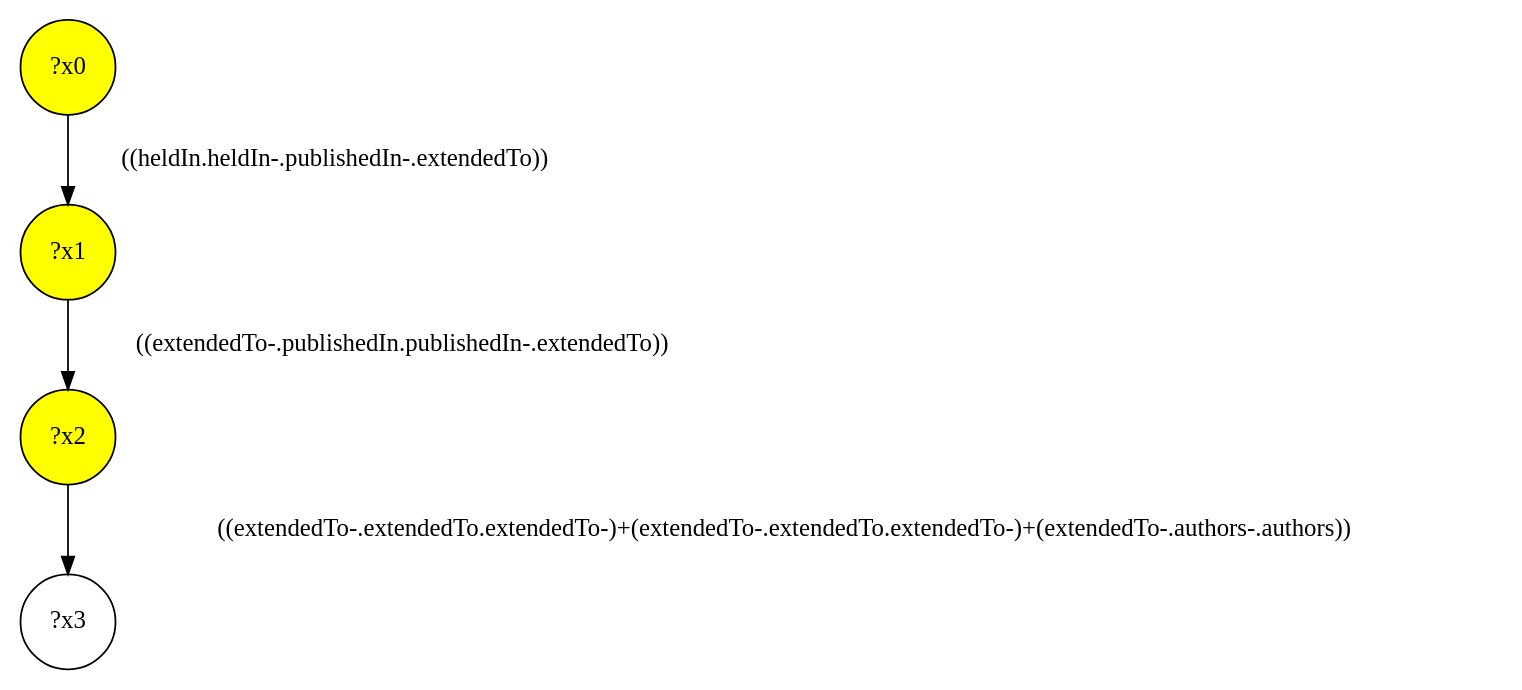
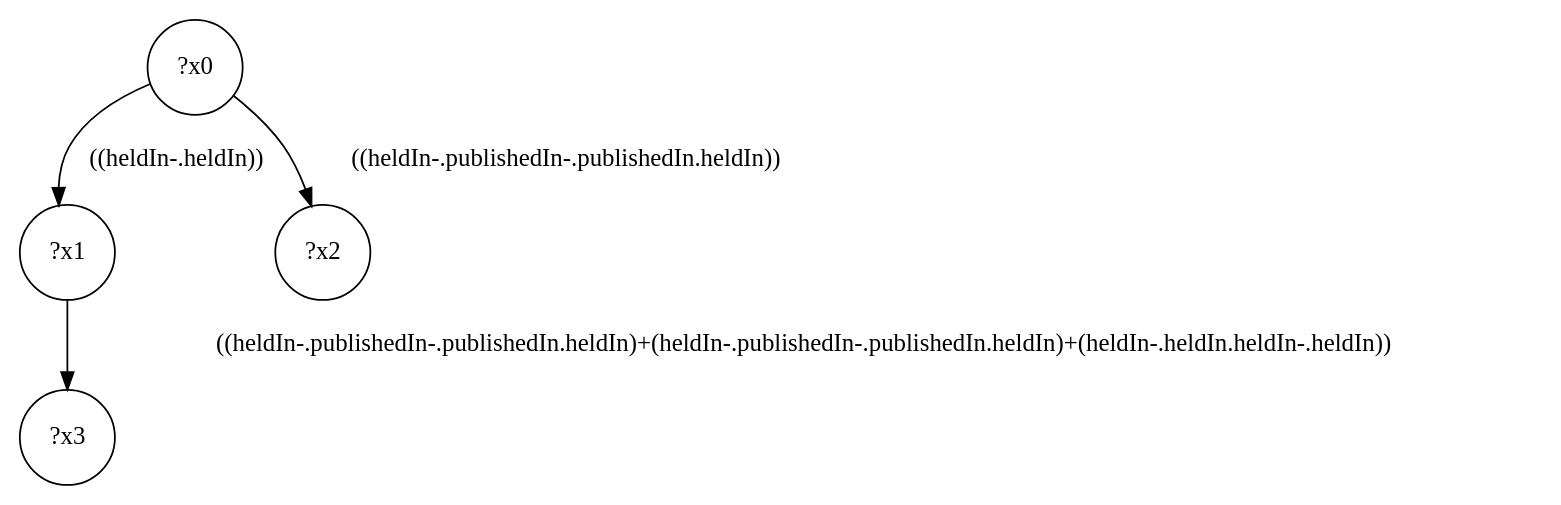
The diagram in demo/test-a/test-a-interface/query-48.dot (gbagan/gmark), drawn with Graphviz before and after one commit. The commit also changed 707 other files, not shown here.

```diff
--- a/demo/test-a/test-a-interface/query-48.dot
+++ b/demo/test-a/test-a-interface/query-48.dot
@@ -1,9 +1,9 @@
 digraph g {
-	x0 [fillcolor="yellow", style="filled," shape=circle, label="?x0"];
-	x2 [fillcolor="yellow", style="filled," shape=circle, label="?x2"];
-	x1 [fillcolor="yellow", style="filled," shape=circle, label="?x1"];
-	x0 -> x1 [label="((heldIn.heldIn-.publishedIn-.extendedTo))"];
-	x1 -> x2 [label="((extendedTo-.publishedIn.publishedIn-.extendedTo))"];
+	x0 [shape=circle, label="?x0"];
+	x1 [shape=circle, label="?x1"];
+	x0 -> x1 [label="((heldIn-.heldIn))"];
+	x2 [shape=circle, label="?x2"];
+	x0 -> x2 [label="((heldIn-.publishedIn-.publishedIn.heldIn))"];
 	x3 [shape=circle, label="?x3"];
-	x2 -> x3 [label="((extendedTo-.extendedTo.extendedTo-)+(extendedTo-.extendedTo.extendedTo-)+(extendedTo-.authors-.authors))"];
+	x1 -> x3 [label="((heldIn-.publishedIn-.publishedIn.heldIn)+(heldIn-.publishedIn-.publishedIn.heldIn)+(heldIn-.heldIn.heldIn-.heldIn))"];
 }
```
